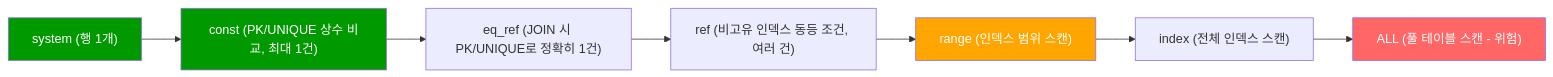
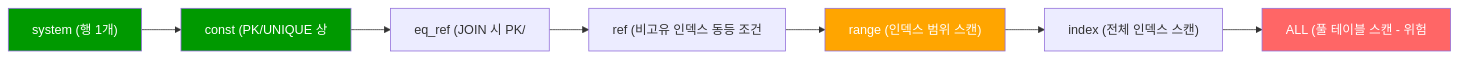
Before and after one commit to yjkim2015/yjkim2015.github.io: the second of 3 diagrams in _posts/db/2026-05-01-db-optimizer.md, drawn with Mermaid. The commit also changed other lines of this file and 271 other files, not shown here.

First line of the commit message:
Mermaid 라벨 축소: 긴 노드 텍스트 18자 이하로 트림 + \n 제거

````diff
--- a/_posts/db/2026-05-01-db-optimizer.md
+++ b/_posts/db/2026-05-01-db-optimizer.md
@@ -186,13 +186,13 @@
 ```mermaid
 graph LR
-    S["system (행 1개)"] --> C["const (PK/UNIQUE 상수 비교, 최대 1건)"]
-    C --> ER["eq_ref (JOIN 시 PK/UNIQUE로 정확히 1건)"]
-    ER --> R["ref (비고유 인덱스 동등 조건, 여러 건)"]
+    S["system (행 1개)"] --> C["const (PK/UNIQUE 상"]
+    C --> ER["eq_ref (JOIN 시 PK/"]
+    ER --> R["ref (비고유 인덱스 동등 조건"]
     R --> RA["range (인덱스 범위 스캔)"]
     RA --> I["index (전체 인덱스 스캔)"]
-    I --> AL["ALL (풀 테이블 스캔 - 위험)"]
+    I --> AL["ALL (풀 테이블 스캔 - 위험"]
     style AL fill:#f66,color:#fff
     style RA fill:#ffa500,color:#fff
     style S fill:#090,color:#fff
     style C fill:#090,color:#fff
 ```
````
